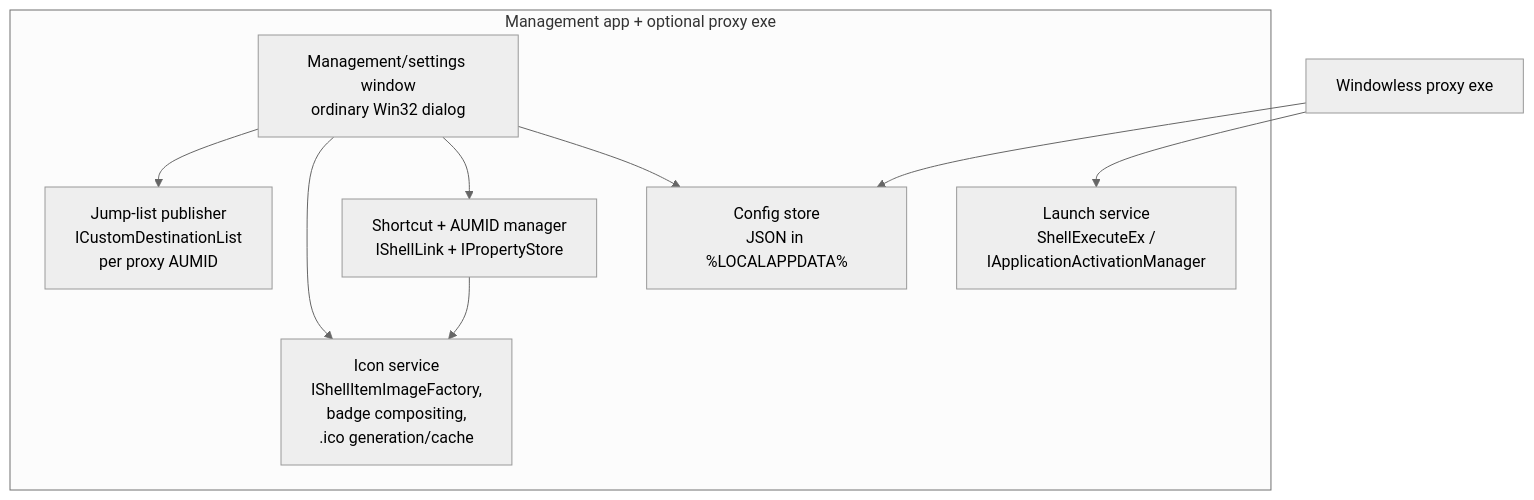
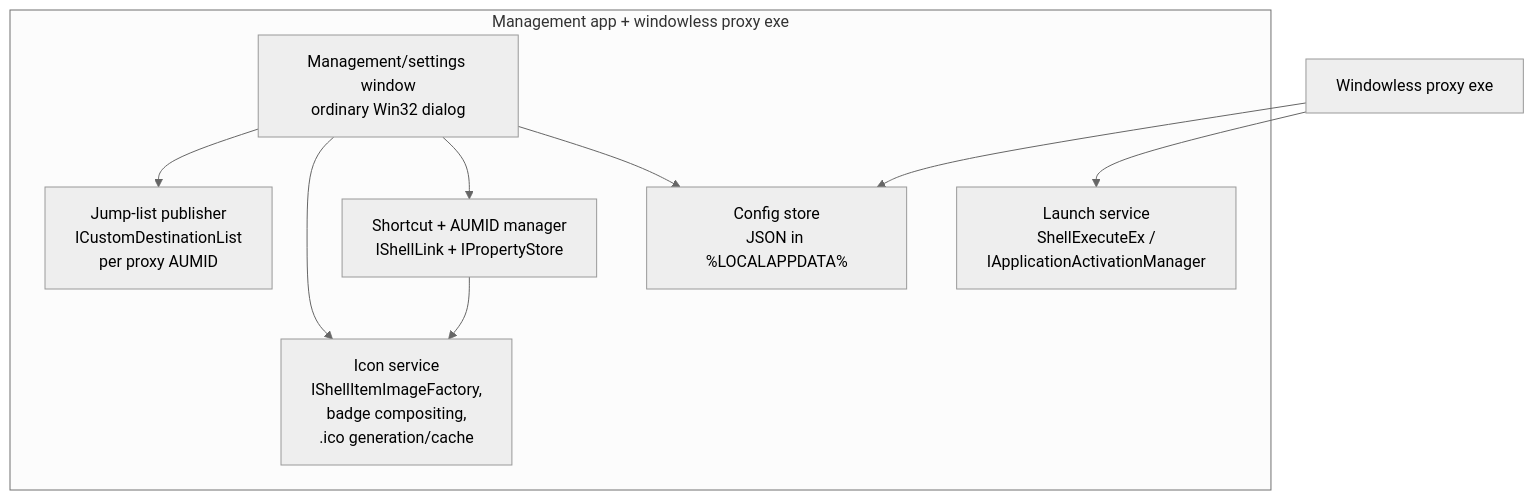
Before and after one commit to lornova/PinnedLauncher: the second of 2 diagrams in docs/architecture.md, drawn with Mermaid (neutral theme). The commit also changed other lines of this file and 24 other files, not shown here.

````diff
--- a/docs/architecture.md
+++ b/docs/architecture.md
@@ -110,15 +115,15 @@
 ```mermaid
 flowchart TB
-    subgraph app [Management app + optional proxy exe]
+    subgraph app [Management app + windowless proxy exe]
         CFG[Config store<br/>JSON in %LOCALAPPDATA%]
         ICO[Icon service<br/>IShellItemImageFactory,<br/>badge compositing,<br/>.ico generation/cache]
         SHC[Shortcut + AUMID manager<br/>IShellLink + IPropertyStore]
         JMP[Jump-list publisher<br/>ICustomDestinationList<br/>per proxy AUMID]
         LNCH[Launch service<br/>ShellExecuteEx /<br/>IApplicationActivationManager]
         UI[Management/settings window<br/>ordinary Win32 dialog]
     end
     UI --> CFG & SHC & ICO & JMP
     SHC --> ICO
     PROXY[Windowless proxy exe] --> LNCH
     PROXY --> CFG
 ```
````
